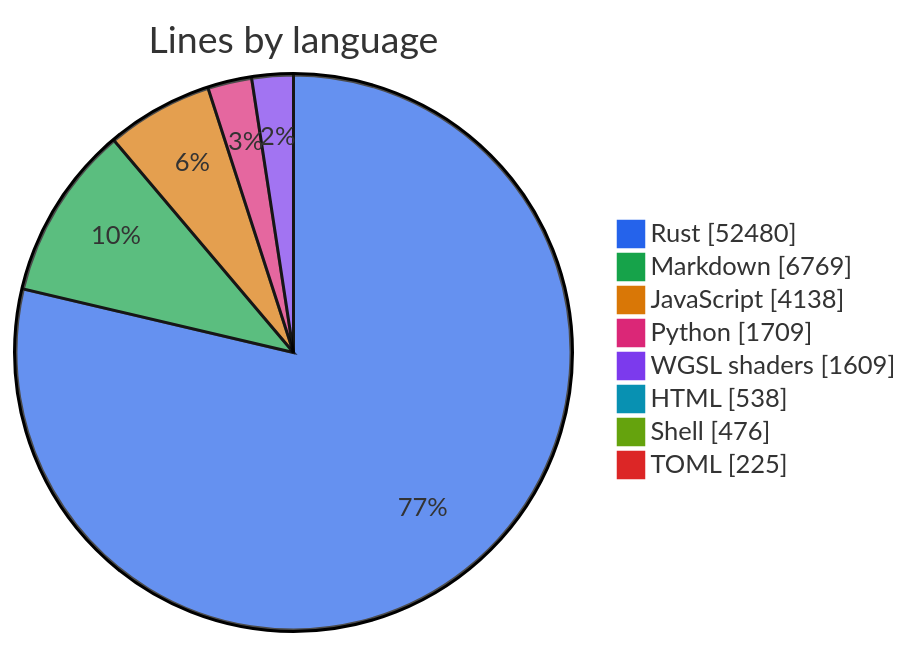
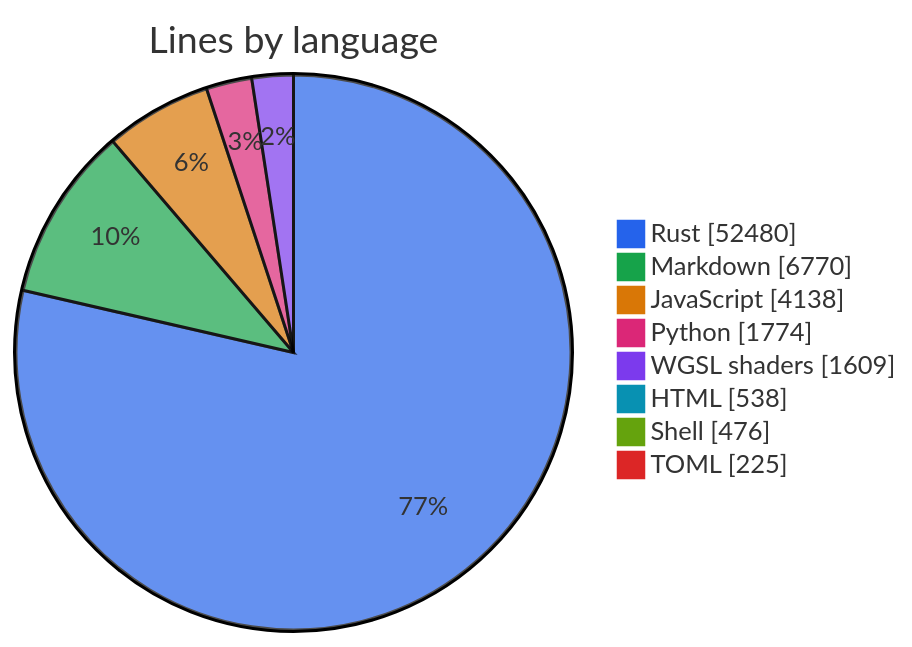
One commit to thomascherickal/ferrum-gpu changed the first of 2 diagrams in metrics.md. Above: the diagram before and after it, drawn with Mermaid. The commit also changed other lines of this file and 3 other files, not shown here.

````diff
--- a/metrics.md
+++ b/metrics.md
@@ -22,12 +22,12 @@
 ```mermaid
 %%{init: {"theme": "base", "themeVariables": {"pie1": "#2563eb", "pie2": "#16a34a", "pie3": "#d97706", "pie4": "#db2777", "pie5": "#7c3aed", "pie6": "#0891b2", "pie7": "#65a30d", "pie8": "#dc2626"}}}%%
 pie showData title Lines by language
     "Rust" : 52480
-    "Markdown" : 6769
+    "Markdown" : 6770
     "JavaScript" : 4138
-    "Python" : 1709
+    "Python" : 1774
     "WGSL shaders" : 1609
     "HTML" : 538
     "Shell" : 476
     "TOML" : 225
 ```
````
